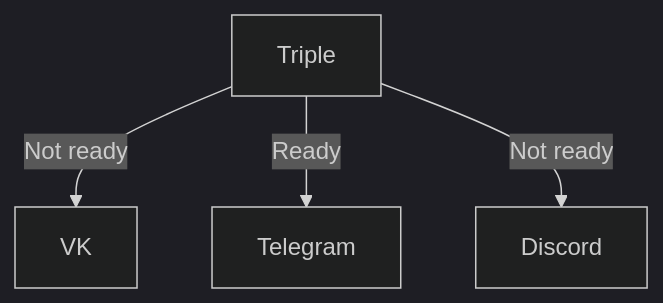
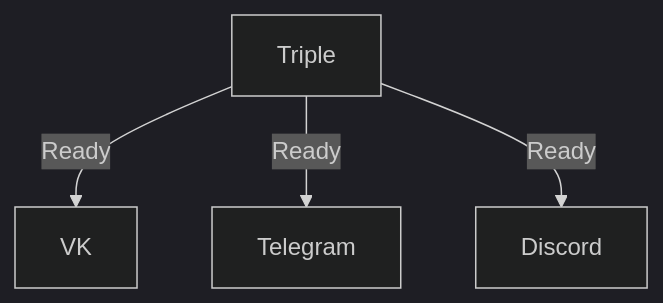
Before and after one commit to SantaSpeen/Triple-send: the second of 2 diagrams in README.md, drawn with Mermaid (dark theme). The commit also changed 6 other files, not shown here.

````diff
--- a/README.md
+++ b/README.md
@@ -15,8 +15,8 @@
 ```mermaid
 flowchart TD
 
-    T[Triple] -- Not ready --> VK[VK];
+    T[Triple] -- Ready --> VK[VK];
     T[Triple] -- Ready --> TG[Telegram];
-    T[Triple] -- Not ready --> DS[Discord];
+    T[Triple] -- Ready --> DS[Discord];
 
 ```
````
